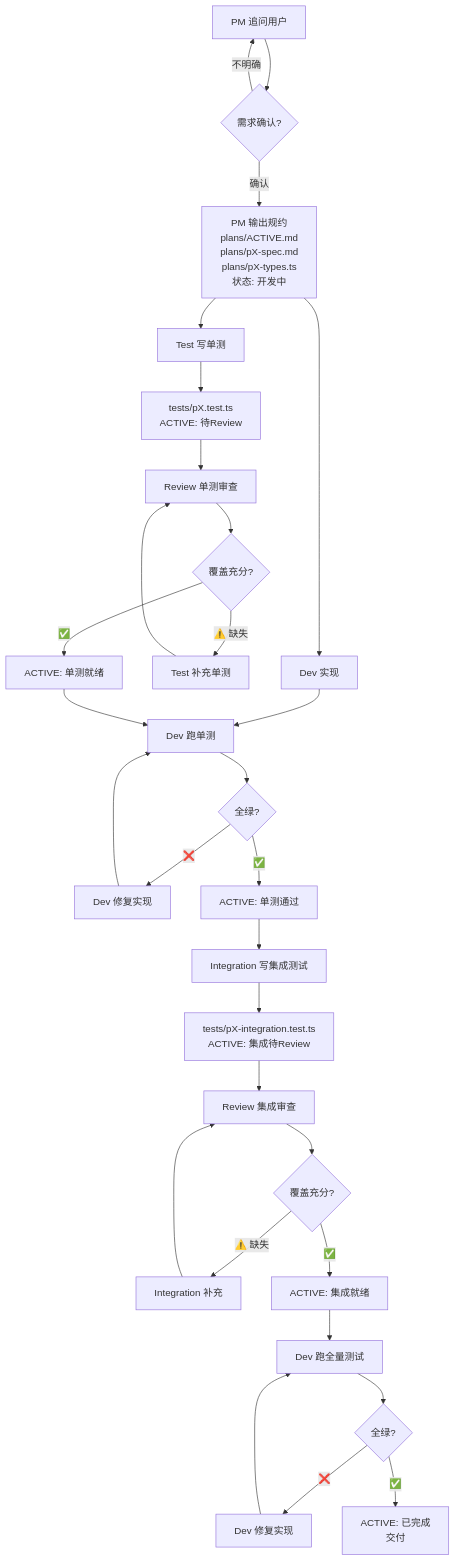
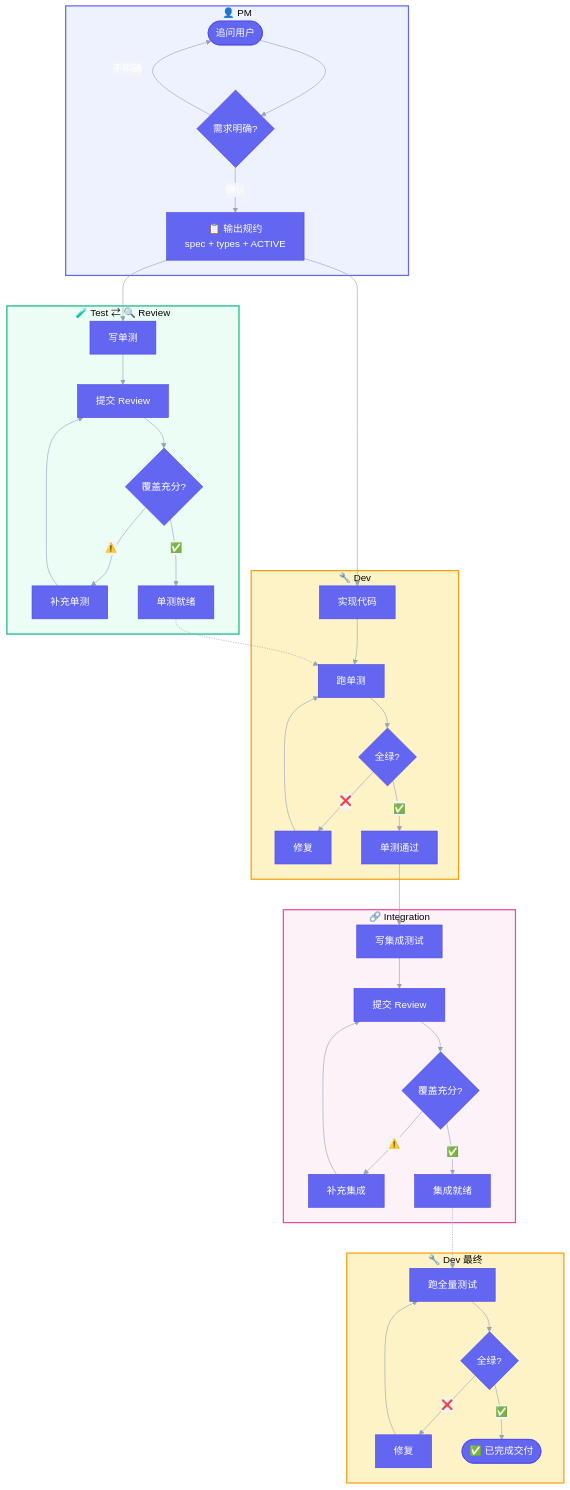
Before and after one commit to 0xlxx/skills: the diagram in README.md, drawn with Mermaid.

Commit message:
README: mermaid with color-coded role subgraphs, icons, dashed handoffs

````diff
--- a/README.md
+++ b/README.md
@@ -11,39 +11,54 @@
 ```mermaid
-flowchart TD
-    A[PM 追问用户] --> B{需求确认?}
-    B -->|不明确| A
-    B -->|确认| C[PM 输出规约<br/>plans/ACTIVE.md<br/>plans/pX-spec.md<br/>plans/pX-types.ts<br/>状态: 开发中]
+%%{init: {'theme': 'base', 'themeVariables': { 'primaryColor': '#6366f1', 'primaryTextColor': '#fff', 'primaryBorderColor': '#4f46e5', 'lineColor': '#94a3b8', 'secondaryColor': '#f1f5f9', 'tertiaryColor': '#f8fafc'}}}%%
+graph TB
+    subgraph PM["👤 PM"]
+        A([追问用户]) --> B{需求明确?}
+        B -->|不明确| A
+        B -->|确认| C[📋 输出规约<br/>spec + types + ACTIVE]
+    end
 
-    C --> D[Dev 实现]
-    C --> E[Test 写单测]
+    C --> D
+    C --> E
 
-    E --> F[tests/pX.test.ts<br/>ACTIVE: 待Review]
+    subgraph Dev["🔧 Dev"]
+        D[实现代码] --> K[跑单测]
+        K --> L{全绿?}
+        L -->|❌| M[修复]
+        M --> K
+        L -->|✅| N[单测通过]
+    end
 
-    F --> G[Review 单测审查]
-    G --> H{覆盖充分?}
-    H -->|⚠️ 缺失| I[Test 补充单测]
-    I --> G
-    H -->|✅| J[ACTIVE: 单测就绪]
+    subgraph TestReview["🧪 Test ⇄ 🔍 Review"]
+        E[写单测] --> F[提交 Review]
+        F --> G{覆盖充分?}
+        G -->|⚠️| H[补充单测]
+        H --> F
+        G -->|✅| J[单测就绪]
+    end
 
-    D --> K[Dev 跑单测]
-    J --> K
-    K --> L{全绿?}
-    L -->|❌| M[Dev 修复实现]
-    M --> K
-    L -->|✅| N[ACTIVE: 单测通过]
+    J -.-> K
+    N --> O
 
-    N --> O[Integration 写集成测试]
-    O --> P[tests/pX-integration.test.ts<br/>ACTIVE: 集成待Review]
+    subgraph Integration["🔗 Integration"]
+        O[写集成测试] --> P[提交 Review]
+        P --> Q{覆盖充分?}
+        Q -->|⚠️| R[补充集成]
+        R --> P
+        Q -->|✅| S[集成就绪]
+    end
 
-    P --> Q[Review 集成审查]
-    Q --> R{覆盖充分?}
-    R -->|⚠️ 缺失| S[Integration 补充]
-    S --> Q
-    R -->|✅| T[ACTIVE: 集成就绪]
+    S -.-> U
 
-    T --> U[Dev 跑全量测试]
-    U --> V{全绿?}
-    V -->|❌| W[Dev 修复实现]
-    W --> U
-    V -->|✅| X[ACTIVE: 已完成<br/>交付]
+    subgraph DevFinal["🔧 Dev 最终"]
+        U[跑全量测试] --> V{全绿?}
+        V -->|❌| W[修复]
+        W --> U
+        V -->|✅| X([✅ 已完成交付])
+    end
+
+    style PM fill:#eef2ff,stroke:#6366f1,stroke-width:2px
+    style Dev fill:#fef3c7,stroke:#f59e0b,stroke-width:2px
+    style TestReview fill:#ecfdf5,stroke:#10b981,stroke-width:2px
+    style Integration fill:#fdf2f8,stroke:#ec4899,stroke-width:2px
+    style DevFinal fill:#fef3c7,stroke:#f59e0b,stroke-width:2px
 ```
````
